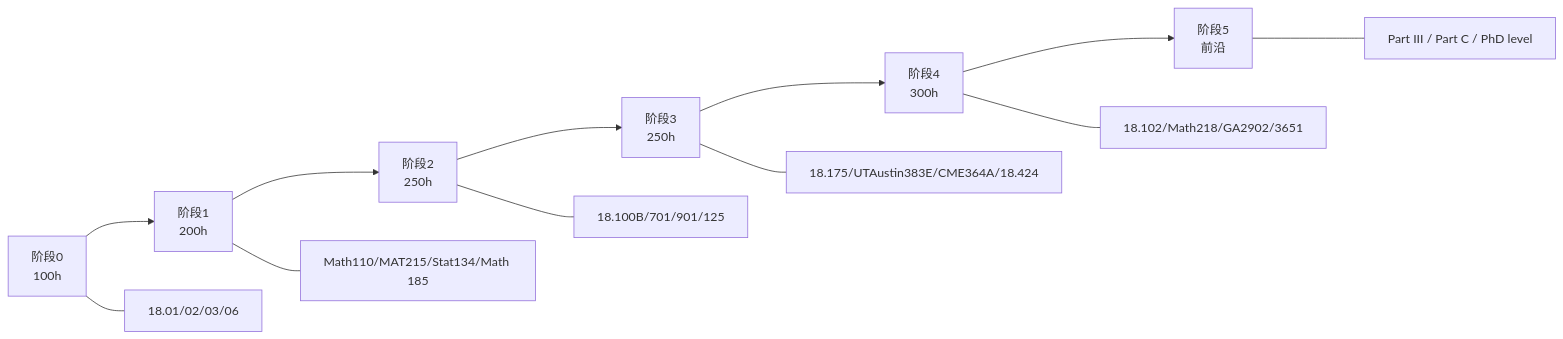
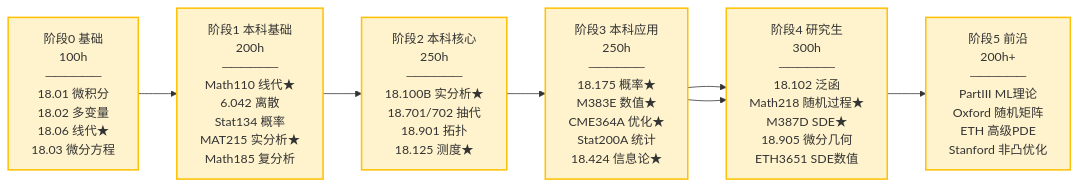
Before and after one commit to leemiracle/work4ai: the diagram in top-math-courses/UNIFIED_ROADMAP.md, drawn with Mermaid. The commit also changed other lines of this file and 636 other files, not shown here.

````diff
--- a/top-math-courses/UNIFIED_ROADMAP.md
+++ b/top-math-courses/UNIFIED_ROADMAP.md
@@ -114,15 +114,12 @@
 ```mermaid
 graph LR
-    A[阶段0<br/>100h] --> B[阶段1<br/>200h]
-    B --> C[阶段2<br/>250h]
-    C --> D[阶段3<br/>250h]
-    D --> E[阶段4<br/>300h]
-    E --> F[阶段5<br/>前沿]
-    
-    A --- A1[18.01/02/03/06]
-    B --- B1[Math110/MAT215/Stat134/Math 185]
-    C --- C1[18.100B/701/901/125]
-    D --- D1[18.175/UTAustin383E/CME364A/18.424]
-    E --- E1[18.102/Math218/GA2902/3651]
-    F --- F1[Part III / Part C / PhD level]
+    S0["阶段0 基础<br/>100h<br/>──────<br/>18.01 微积分<br/>18.02 多变量<br/>18.06 线代★<br/>18.03 微分方程"] --> S1
+    S1["阶段1 本科基础<br/>200h<br/>──────<br/>Math110 线代★<br/>6.042 离散<br/>Stat134 概率<br/>MAT215 实分析★<br/>Math185 复分析"] --> S2
+    S2["阶段2 本科核心<br/>250h<br/>──────<br/>18.100B 实分析★<br/>18.701/702 抽代<br/>18.901 拓扑<br/>18.125 测度★"] --> S3
+    S3 --> S4
+    S3["阶段3 本科应用<br/>250h<br/>──────<br/>18.175 概率★<br/>M383E 数值★<br/>CME364A 优化★<br/>Stat200A 统计<br/>18.424 信息论★"] --> S4["阶段4 研究生<br/>300h<br/>──────<br/>18.102 泛函<br/>Math218 随机过程★<br/>M387D SDE★<br/>18.905 微分几何<br/>ETH3651 SDE数值"]
+    S4 --> S5["阶段5 前沿<br/>200h+<br/>──────<br/>PartIII ML理论<br/>Oxford 随机矩阵<br/>ETH 高级PDE<br/>Stanford 非凸优化"]
+
+    classDef star fill:#fff3cd,stroke:#ffc107,stroke-width:2px;
+    class S0,S1,S2,S3,S4,S5 star;
 ```
````
